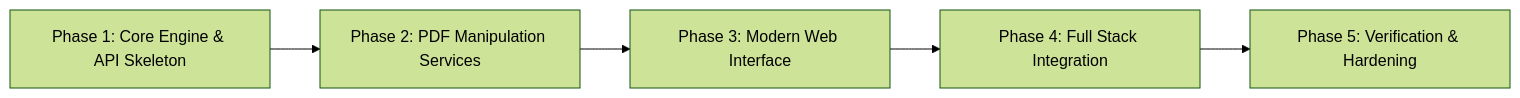
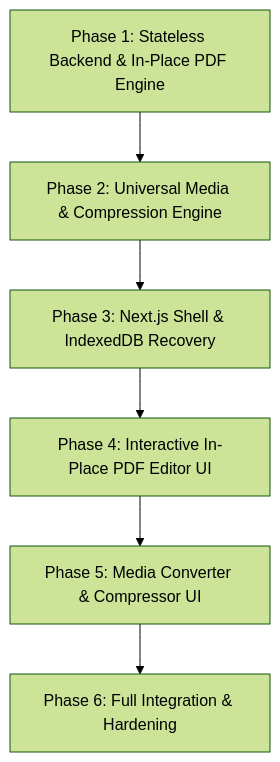
The diagram in .planning/ROADMAP.md (tariq200380/pdfproject), drawn with Mermaid (forest theme) before and after one commit. The commit also changed other lines of this file and 4 other files, not shown here.

Commit message:
docs(planning): update project scope to Next.js + FastAPI OmniMedia Studio with in-place PDF editor and media engine

````diff
--- a/.planning/ROADMAP.md
+++ b/.planning/ROADMAP.md
@@ -6,7 +6,8 @@
 ```mermaid
-graph LR
-    P1[Phase 1: Core Engine & API Skeleton] --> P2[Phase 2: PDF Manipulation Services]
-    P2 --> P3[Phase 3: Modern Web Interface]
-    P3 --> P4[Phase 4: Full Stack Integration]
-    P4 --> P5[Phase 5: Verification & Hardening]
+graph TD
+    P1[Phase 1: Stateless Backend & In-Place PDF Engine] --> P2[Phase 2: Universal Media & Compression Engine]
+    P2 --> P3[Phase 3: Next.js Shell & IndexedDB Recovery]
+    P3 --> P4[Phase 4: Interactive In-Place PDF Editor UI]
+    P4 --> P5[Phase 5: Media Converter & Compressor UI]
+    P5 --> P6[Phase 6: Full Integration & Hardening]
 ```
````
